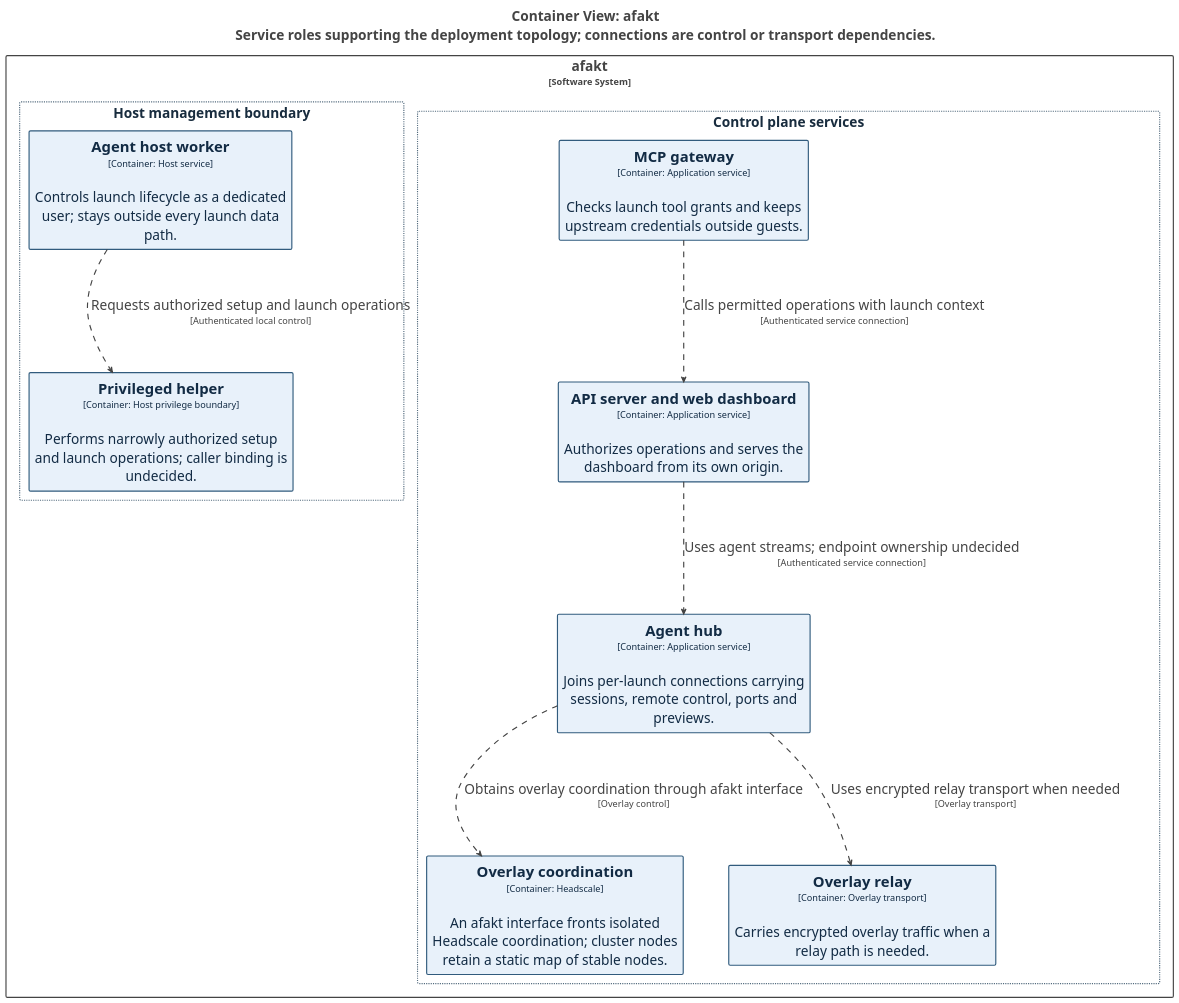
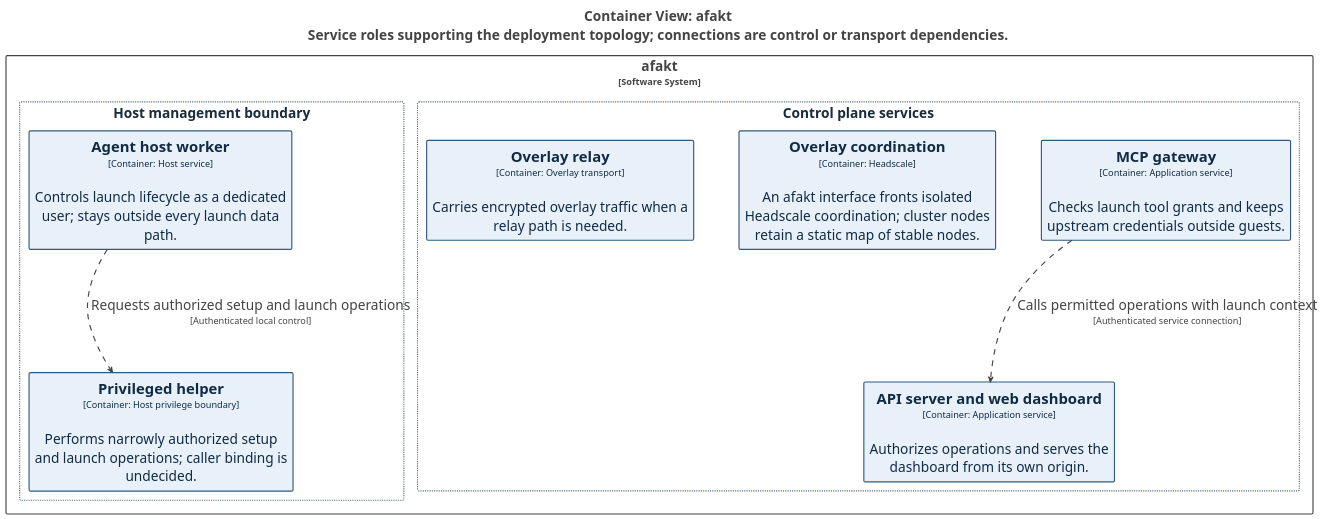
One commit to tbhb-dev/afakt changed the diagram in docs/diagrams/structurizr-network-service-boundaries.puml. Above: the diagram before and after it, drawn with PlantUML. The commit also changed 96 other files, not shown here.

```diff
--- a/docs/diagrams/structurizr-network-service-boundaries.puml
+++ b/docs/diagrams/structurizr-network-service-boundaries.puml
@@ -1,98 +1,94 @@
 @startuml
 title <size:24>Container View: afakt</size>\n<size:24>Service roles supporting the deployment topology; connections are control or transport dependencies.</size>
 
 set separator none
 top to bottom direction
 skinparam ranksep 20
 skinparam nodesep 5
 hide stereotype
 
 skinparam {
   nodesep 80
   ranksep 160
 }
 
 <style>
   root {
     BackgroundColor: #ffffff;
     FontColor: #444444;
   }
   // Element,Topology
   .Element-RWxlbWVudCxUb3BvbG9neQ== {
     BackgroundColor: #e8f1fa;
     LineColor: #315b7d;
     LineStyle: 0;
     LineThickness: 2;
     FontColor: #122b44;
     FontSize: 24;
     HorizontalAlignment: center;
     Shadowing: 0;
     MaximumWidth: 450;
   }
   // Relationship
   .Relationship-UmVsYXRpb25zaGlw {
     LineThickness: 2;
     LineStyle: 10-10;
     LineColor: #444444;
     FontColor: #444444;
     FontSize: 24;
     MaximumWidth: 200;
   }
   // afakt
   .Boundary-YWZha3Q= {
     BackgroundColor: #ffffff;
     LineColor: #444444;
     LineStyle: 0;
     LineThickness: 2;
     FontColor: #444444;
     FontSize: 24;
     HorizontalAlignment: center;
     Shadowing: 0;
   }
   // Control plane services
   .Group-Q29udHJvbCBwbGFuZSBzZXJ2aWNlcw== {
     BackgroundColor: #ffffff;
     LineColor: #536b7e;
     LineStyle: 2-2;
     LineThickness: 2;
     FontColor: #182c3e;
     FontSize: 24;
     HorizontalAlignment: center;
     Shadowing: 0;
   }
   // Host management boundary
   .Group-SG9zdCBtYW5hZ2VtZW50IGJvdW5kYXJ5 {
     BackgroundColor: #ffffff;
     LineColor: #536b7e;
     LineStyle: 2-2;
     LineThickness: 2;
     FontColor: #182c3e;
     FontSize: 24;
     HorizontalAlignment: center;
     Shadowing: 0;
   }
 </style>
 
 rectangle "afakt\n<size:16>[Software System]</size>" <<Boundary-YWZha3Q=>> {
   rectangle "Control plane services" <<Group-Q29udHJvbCBwbGFuZSBzZXJ2aWNlcw==>> as group1 {
-    rectangle "==Agent hub\n<size:16>[Container: Application service]</size>\n\nJoins per-launch connections carrying sessions, remote control, ports and previews." <<Element-RWxlbWVudCxUb3BvbG9neQ==>> as afakt.Agenthub
     rectangle "==API server and web dashboard\n<size:16>[Container: Application service]</size>\n\nAuthorizes operations and serves the dashboard from its own origin." <<Element-RWxlbWVudCxUb3BvbG9neQ==>> as afakt.APIserverandwebdashboard
     rectangle "==MCP gateway\n<size:16>[Container: Application service]</size>\n\nChecks launch tool grants and keeps upstream credentials outside guests." <<Element-RWxlbWVudCxUb3BvbG9neQ==>> as afakt.MCPgateway
     rectangle "==Overlay coordination\n<size:16>[Container: Headscale]</size>\n\nAn afakt interface fronts isolated Headscale coordination; cluster nodes retain a static map of stable nodes." <<Element-RWxlbWVudCxUb3BvbG9neQ==>> as afakt.Overlaycoordination
     rectangle "==Overlay relay\n<size:16>[Container: Overlay transport]</size>\n\nCarries encrypted overlay traffic when a relay path is needed." <<Element-RWxlbWVudCxUb3BvbG9neQ==>> as afakt.Overlayrelay
   }
 
   rectangle "Host management boundary" <<Group-SG9zdCBtYW5hZ2VtZW50IGJvdW5kYXJ5>> as group2 {
     rectangle "==Agent host worker\n<size:16>[Container: Host service]</size>\n\nControls launch lifecycle as a dedicated user; stays outside every launch data path." <<Element-RWxlbWVudCxUb3BvbG9neQ==>> as afakt.Agenthostworker
     rectangle "==Privileged helper\n<size:16>[Container: Host privilege boundary]</size>\n\nPerforms narrowly authorized setup and launch operations; caller binding is undecided." <<Element-RWxlbWVudCxUb3BvbG9neQ==>> as afakt.Privilegedhelper
   }
 
 }
 
-afakt.Agenthub --> afakt.Overlaycoordination <<Relationship-UmVsYXRpb25zaGlw>> : "Obtains overlay coordination through afakt interface\n<size:16>[Overlay control]</size>"
-afakt.Agenthub --> afakt.Overlayrelay <<Relationship-UmVsYXRpb25zaGlw>> : "Uses encrypted relay transport when needed\n<size:16>[Overlay transport]</size>"
 afakt.Agenthostworker --> afakt.Privilegedhelper <<Relationship-UmVsYXRpb25zaGlw>> : "Requests authorized setup and launch operations\n<size:16>[Authenticated local control]</size>"
-afakt.APIserverandwebdashboard --> afakt.Agenthub <<Relationship-UmVsYXRpb25zaGlw>> : "Uses agent streams; endpoint ownership undecided\n<size:16>[Authenticated service connection]</size>"
 afakt.MCPgateway --> afakt.APIserverandwebdashboard <<Relationship-UmVsYXRpb25zaGlw>> : "Calls permitted operations with launch context\n<size:16>[Authenticated service connection]</size>"
 
 @enduml
```
